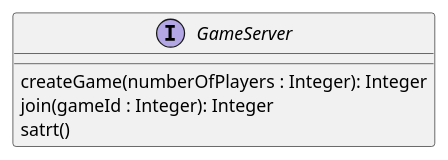
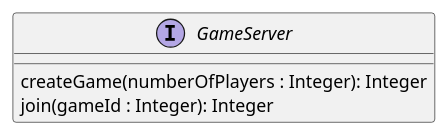
One commit to mdiallogn/Not-Alone changed the second of 2 diagrams in not-alone-doc/src/doc/asciidoc/_sections/composants.adoc. Above: the diagram before and after it, drawn with PlantUML. The commit also changed other lines of this file and 9 other files, not shown here.

```diff
--- a/not-alone-doc/src/doc/asciidoc/_sections/composants.adoc
+++ b/not-alone-doc/src/doc/asciidoc/_sections/composants.adoc
@@ -33,8 +32,7 @@
 [plantuml]
 ....
 interface GameServer {
     createGame(numberOfPlayers : Integer): Integer
     join(gameId : Integer): Integer
-    satrt()
 }
 ....
```
